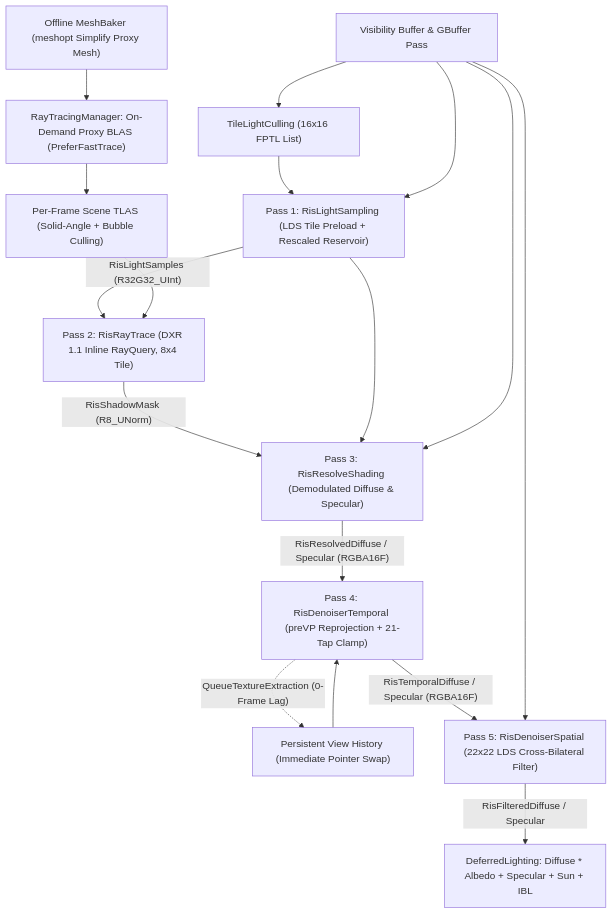
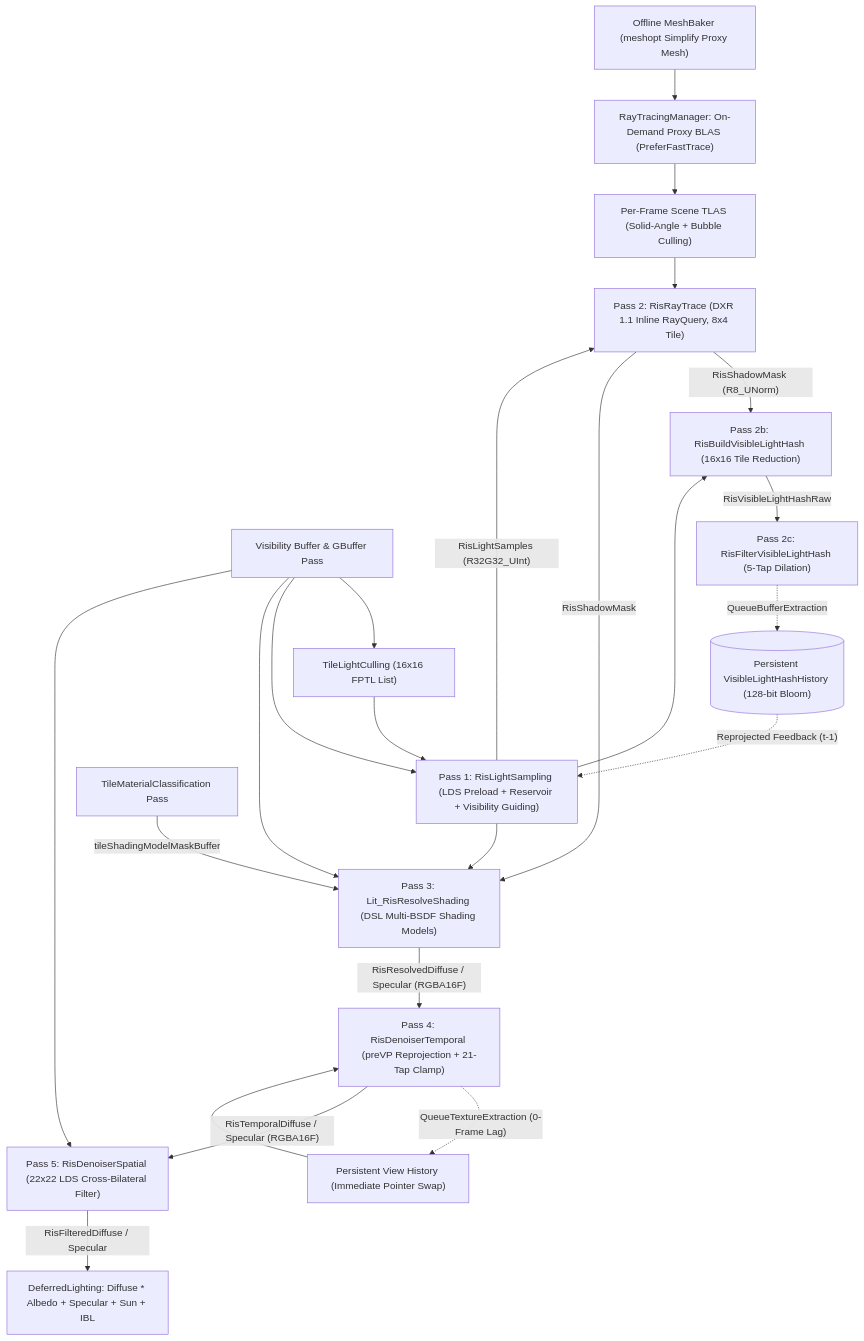
The diagram in docs/notes/stochastic_direct_lighting_ris_and_raytraced_shadows.md (misakieku/GhostEngine), drawn with Mermaid before and after one commit. The commit also changed other lines of this file and 17 other files, not shown here.

First line of the commit message:
feat(graphics): add visible light hash and automate work graph initialization

````diff
--- a/docs/notes/stochastic_direct_lighting_ris_and_raytraced_shadows.md
+++ b/docs/notes/stochastic_direct_lighting_ris_and_raytraced_shadows.md
@@ -22,25 +23,32 @@
 ```mermaid
 flowchart TD
     MB["Offline MeshBaker (meshopt Simplify Proxy Mesh)"] --> BLAS["RayTracingManager: On-Demand Proxy BLAS (PreferFastTrace)"]
     BLAS --> TLAS["Per-Frame Scene TLAS (Solid-Angle + Bubble Culling)"]
 
     GB["Visibility Buffer & GBuffer Pass"] --> FPTL["TileLightCulling (16x16 FPTL List)"]
-    FPTL --> SAMP["Pass 1: RisLightSampling (LDS Tile Preload + Rescaled Reservoir)"]
+    FPTL --> SAMP["Pass 1: RisLightSampling (LDS Preload + Reservoir + Visibility Guiding)"]
     GB --> SAMP
+    HASH_HIST[("Persistent VisibleLightHashHistory (128-bit Bloom)")] -.->|"Reprojected Feedback (t-1)"| SAMP
 
     SAMP -->|"RisLightSamples (R32G32_UInt)"| RT["Pass 2: RisRayTrace (DXR 1.1 Inline RayQuery, 8x4 Tile)"]
     TLAS --> RT
 
-    RT -->|"RisShadowMask (R8_UNorm)"| SHADE["Pass 3: RisResolveShading (Demodulated Diffuse & Specular)"]
+    RT -->|"RisShadowMask (R8_UNorm)"| HASH_BUILD["Pass 2b: RisBuildVisibleLightHash (16x16 Tile Reduction)"]
+    SAMP --> HASH_BUILD
+    HASH_BUILD -->|"RisVisibleLightHashRaw"| HASH_FILTER["Pass 2c: RisFilterVisibleLightHash (5-Tap Dilation)"]
+    HASH_FILTER -.->|"QueueBufferExtraction"| HASH_HIST
+
+    CLASS["TileMaterialClassification Pass"] -->|"tileShadingModelMaskBuffer"| SHADE["Pass 3: Lit_RisResolveShading (DSL Multi-BSDF Shading Models)"]
+    RT -->|"RisShadowMask"| SHADE
     SAMP --> SHADE
     GB --> SHADE
 
     SHADE -->|"RisResolvedDiffuse / Specular (RGBA16F)"| TEMP["Pass 4: RisDenoiserTemporal (preVP Reprojection + 21-Tap Clamp)"]
     HIST["Persistent View History (Immediate Pointer Swap)"] --> TEMP
     TEMP -.->|"QueueTextureExtraction (0-Frame Lag)"| HIST
 
     TEMP -->|"RisTemporalDiffuse / Specular (RGBA16F)"| SPAT["Pass 5: RisDenoiserSpatial (22x22 LDS Cross-Bilateral Filter)"]
     GB --> SPAT
 
     SPAT -->|"RisFilteredDiffuse / Specular"| COMP["DeferredLighting: Diffuse * Albedo + Specular + Sun + IBL"]
 ```
````
